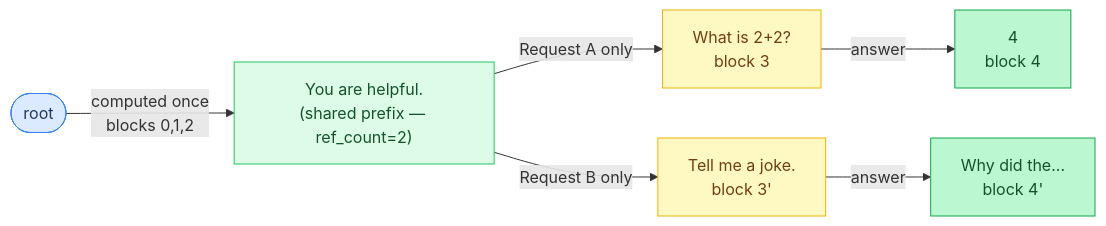
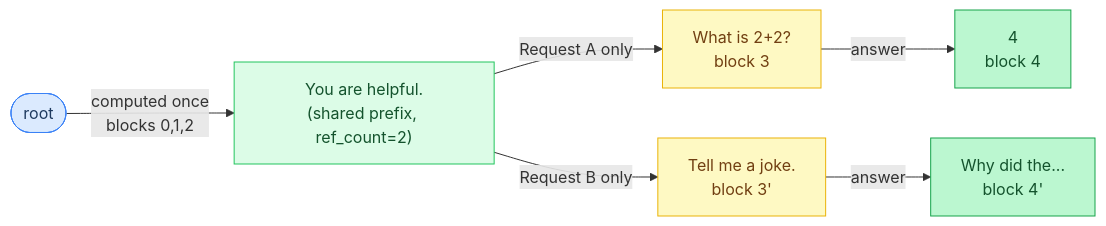
The fourth of 7 diagrams in docs/tutorial/05-memory-and-caching.md (maci0/agave), drawn with Mermaid before and after one commit. The commit also changed other lines of this file and 196 other files, not shown here.

````diff
--- a/docs/tutorial/05-memory-and-caching.md
+++ b/docs/tutorial/05-memory-and-caching.md
@@ -256,22 +256,22 @@
 ```mermaid
 graph LR
     classDef setup     fill:#dbeafe,stroke:#3b82f6,color:#1e3a5f
     classDef sync      fill:#dcfce7,stroke:#22c55e,color:#14532d
     classDef migration fill:#fef9c3,stroke:#eab308,color:#713f12
     classDef success   fill:#bbf7d0,stroke:#16a34a,color:#14532d
     classDef danger    fill:#fee2e2,stroke:#ef4444,color:#7f1d1d
     classDef optional  fill:#f3e8ff,stroke:#9333ea,color:#581c87
 
     Root(["root"]):::setup
-    Shared["You are helpful.\n(shared prefix — ref_count=2)"]:::sync
+    Shared["You are helpful.\n(shared prefix, ref_count=2)"]:::sync
     BranchA["What is 2+2?\nblock 3"]:::migration
     BranchB["Tell me a joke.\nblock 3'"]:::migration
     AnsA["4\nblock 4"]:::success
     AnsB["Why did the...\nblock 4'"]:::success
 
     Root -->|"computed once\nblocks 0,1,2"| Shared
     Shared -->|"Request A only"| BranchA
     Shared -->|"Request B only"| BranchB
     BranchA -->|"answer"| AnsA
     BranchB -->|"answer"| AnsB
 ```
````
